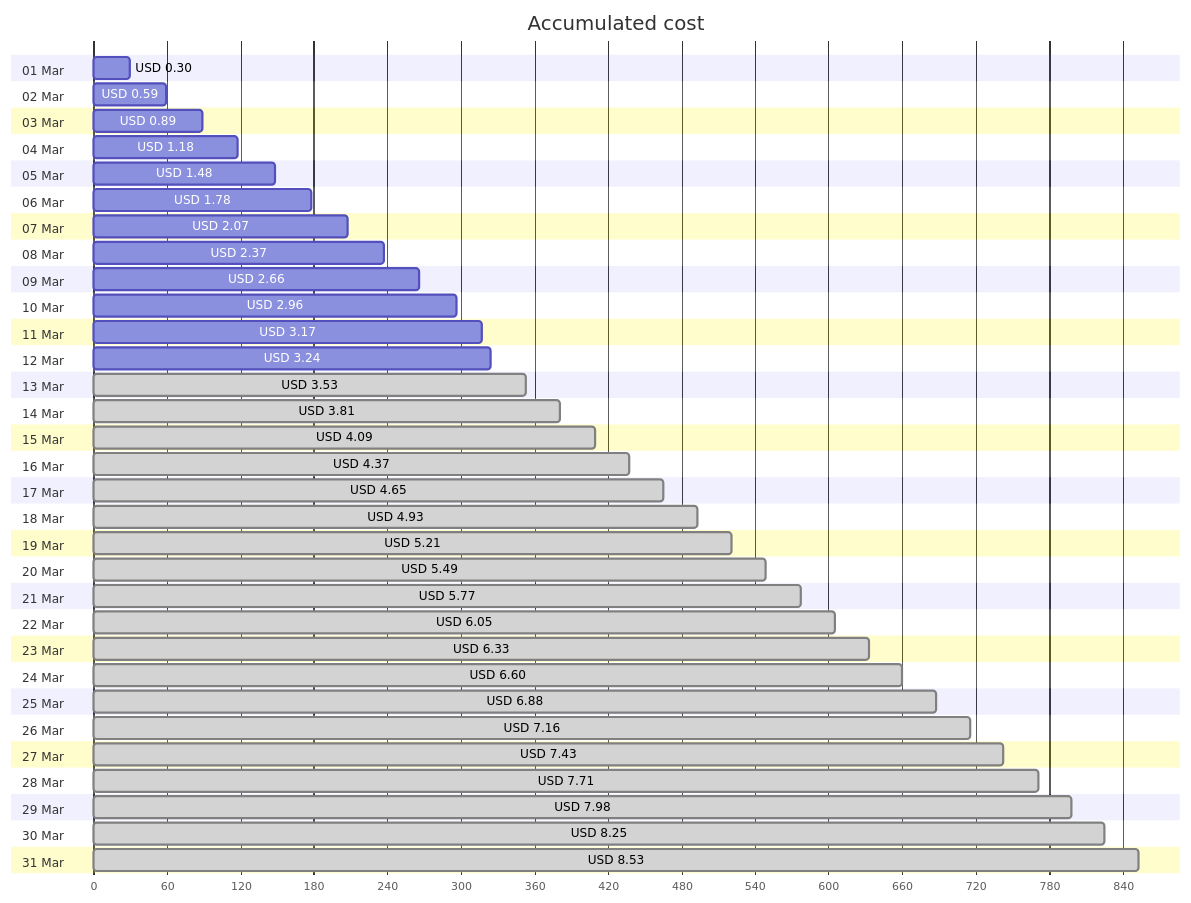
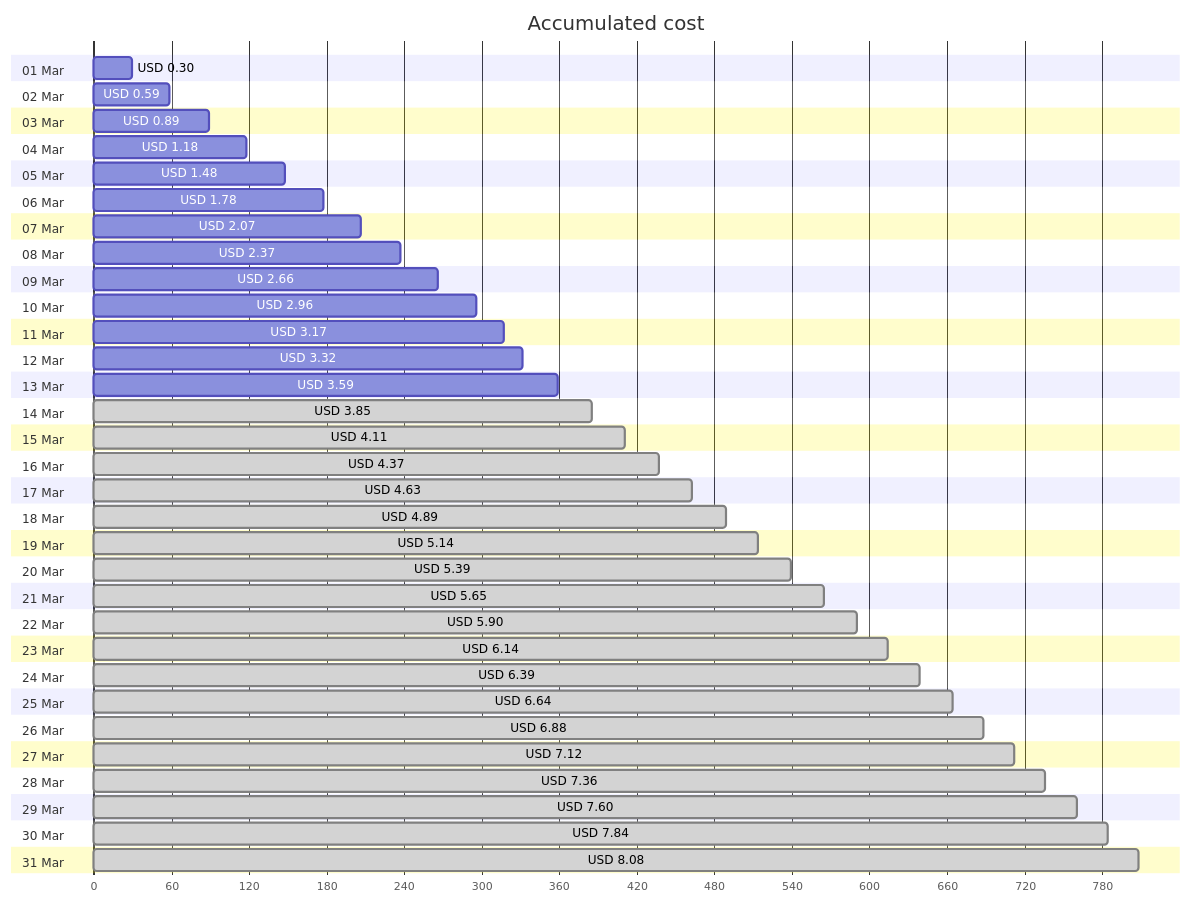
The first of 4 diagrams in cost-reports/personal-site/personal-site-preview.md (jpfulton/azure-personal-reports), drawn with Mermaid before and after one commit. The commit also changed other lines of this file and 6 other files, not shown here.

````diff
--- a/cost-reports/personal-site/personal-site-preview.md
+++ b/cost-reports/personal-site/personal-site-preview.md
@@ -20,68 +20,68 @@
 ```mermaid
 gantt
    title Accumulated cost
    dateFormat  X
    axisFormat %s
    section 01 Mar
    USD 0.30 :0, 30
    section 02 Mar
    USD 0.59 :0, 59
    section 03 Mar
    USD 0.89 :0, 89
    section 04 Mar
    USD 1.18 :0, 118
    section 05 Mar
    USD 1.48 :0, 148
    section 06 Mar
    USD 1.78 :0, 178
    section 07 Mar
    USD 2.07 :0, 207
    section 08 Mar
    USD 2.37 :0, 237
    section 09 Mar
    USD 2.66 :0, 266
    section 10 Mar
    USD 2.96 :0, 296
    section 11 Mar
    USD 3.17 :0, 317
    section 12 Mar
-   USD 3.24 :0, 324
+   USD 3.32 :0, 332
    section 13 Mar
-   USD 3.53 : done, 0, 353
+   USD 3.59 :0, 359
    section 14 Mar
-   USD 3.81 : done, 0, 381
+   USD 3.85 : done, 0, 385
    section 15 Mar
-   USD 4.09 : done, 0, 409
+   USD 4.11 : done, 0, 411
    section 16 Mar
    USD 4.37 : done, 0, 437
    section 17 Mar
-   USD 4.65 : done, 0, 465
+   USD 4.63 : done, 0, 463
    section 18 Mar
-   USD 4.93 : done, 0, 493
+   USD 4.89 : done, 0, 489
    section 19 Mar
-   USD 5.21 : done, 0, 521
+   USD 5.14 : done, 0, 514
    section 20 Mar
-   USD 5.49 : done, 0, 549
+   USD 5.39 : done, 0, 539
    section 21 Mar
-   USD 5.77 : done, 0, 577
+   USD 5.65 : done, 0, 565
    section 22 Mar
-   USD 6.05 : done, 0, 605
+   USD 5.90 : done, 0, 590
    section 23 Mar
-   USD 6.33 : done, 0, 633
+   USD 6.14 : done, 0, 614
    section 24 Mar
-   USD 6.60 : done, 0, 660
+   USD 6.39 : done, 0, 639
    section 25 Mar
+   USD 6.64 : done, 0, 664
+   section 26 Mar
    USD 6.88 : done, 0, 688
-   section 26 Mar
-   USD 7.16 : done, 0, 716
    section 27 Mar
-   USD 7.43 : done, 0, 743
+   USD 7.12 : done, 0, 712
    section 28 Mar
-   USD 7.71 : done, 0, 771
+   USD 7.36 : done, 0, 736
    section 29 Mar
-   USD 7.98 : done, 0, 798
+   USD 7.60 : done, 0, 760
    section 30 Mar
-   USD 8.25 : done, 0, 825
+   USD 7.84 : done, 0, 784
    section 31 Mar
-   USD 8.53 : done, 0, 853
+   USD 8.08 : done, 0, 808
 ```
````
